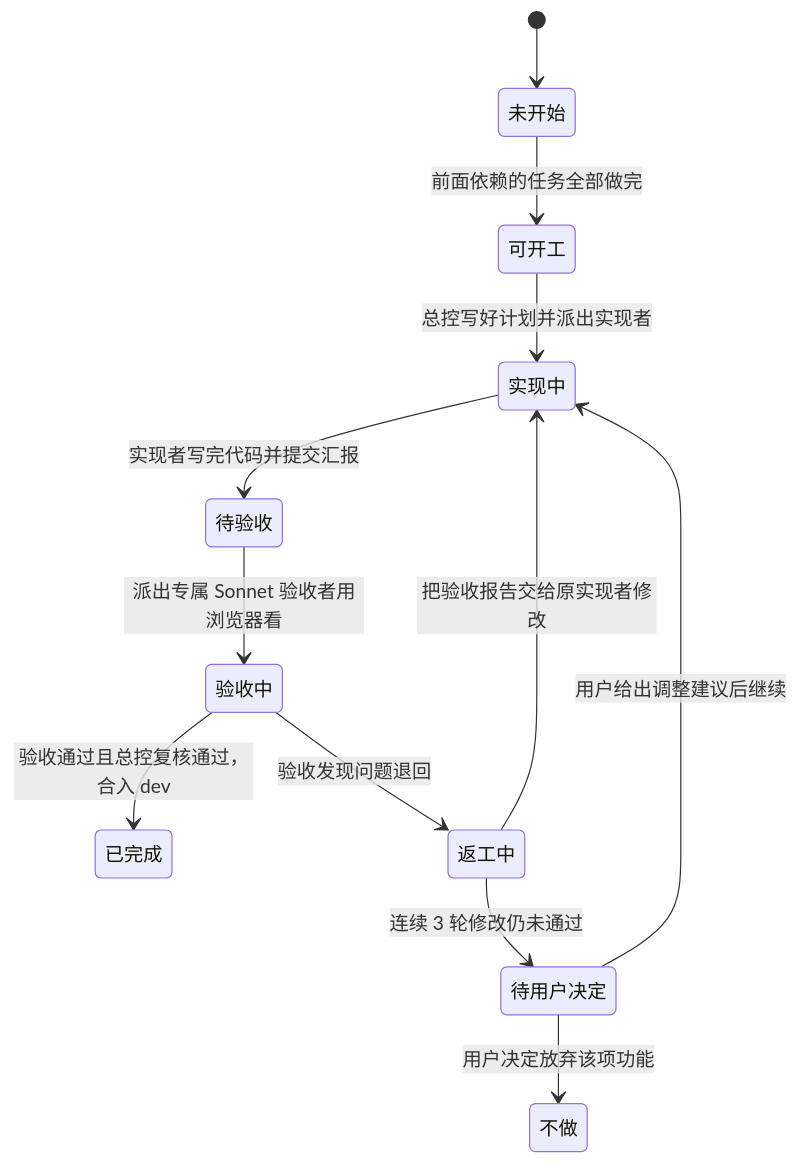
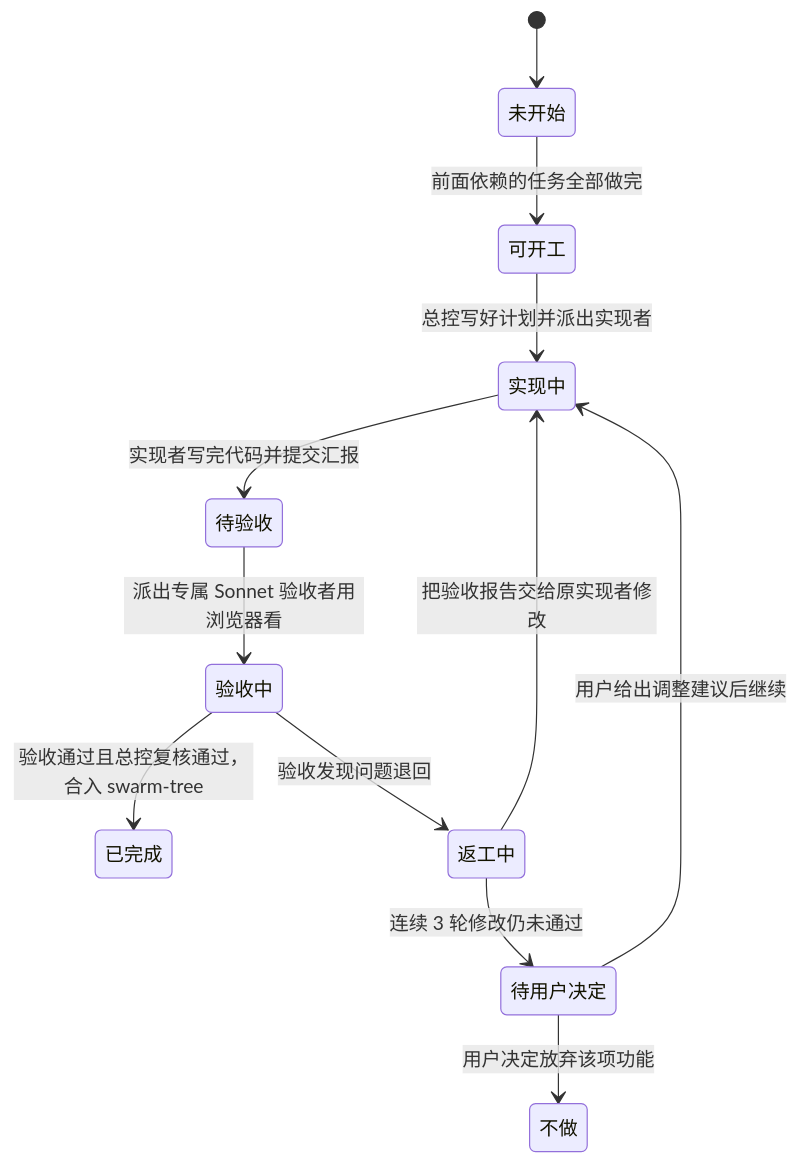
Before and after one commit to astryx-vue/astryx-vue: the diagram in .agents-work/upstream-sync/SWARM.md, drawn with Mermaid. The commit also changed other lines of this file and 1 other file, not shown here.

Commit message:
docs: 节点分支以 swarm-tree 为基，浏览器锁放在 git 公共目录

````diff
--- a/.agents-work/upstream-sync/SWARM.md
+++ b/.agents-work/upstream-sync/SWARM.md
@@ -10,14 +10,14 @@
 ```mermaid
 stateDiagram-v2
   [*] --> 未开始
   未开始 --> 可开工: 前面依赖的任务全部做完
   可开工 --> 实现中: 总控写好计划并派出实现者
   实现中 --> 待验收: 实现者写完代码并提交汇报
   待验收 --> 验收中: 派出专属 Sonnet 验收者用浏览器看
-  验收中 --> 已完成: 验收通过且总控复核通过，合入 dev
+  验收中 --> 已完成: 验收通过且总控复核通过，合入 swarm-tree
   验收中 --> 返工中: 验收发现问题退回
   返工中 --> 实现中: 把验收报告交给原实现者修改
   返工中 --> 待用户决定: 连续 3 轮修改仍未通过
   待用户决定 --> 实现中: 用户给出调整建议后继续
   待用户决定 --> 不做: 用户决定放弃该项功能
 ```
````
